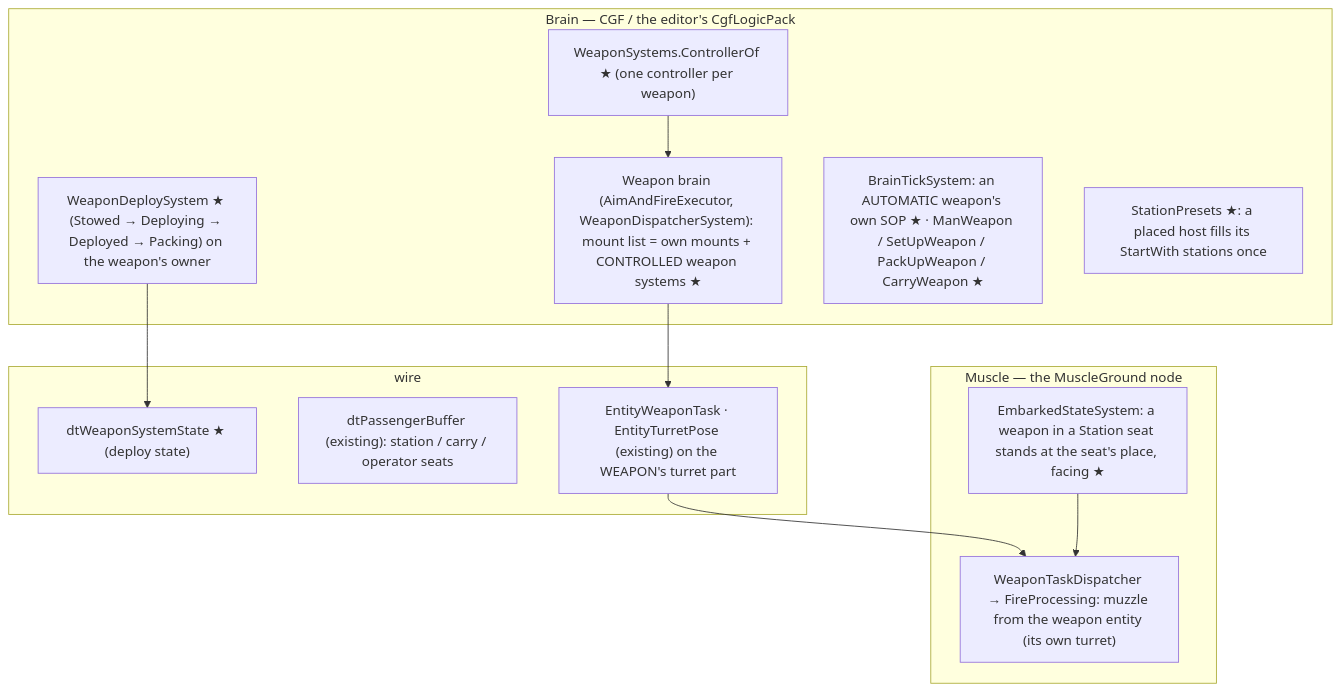
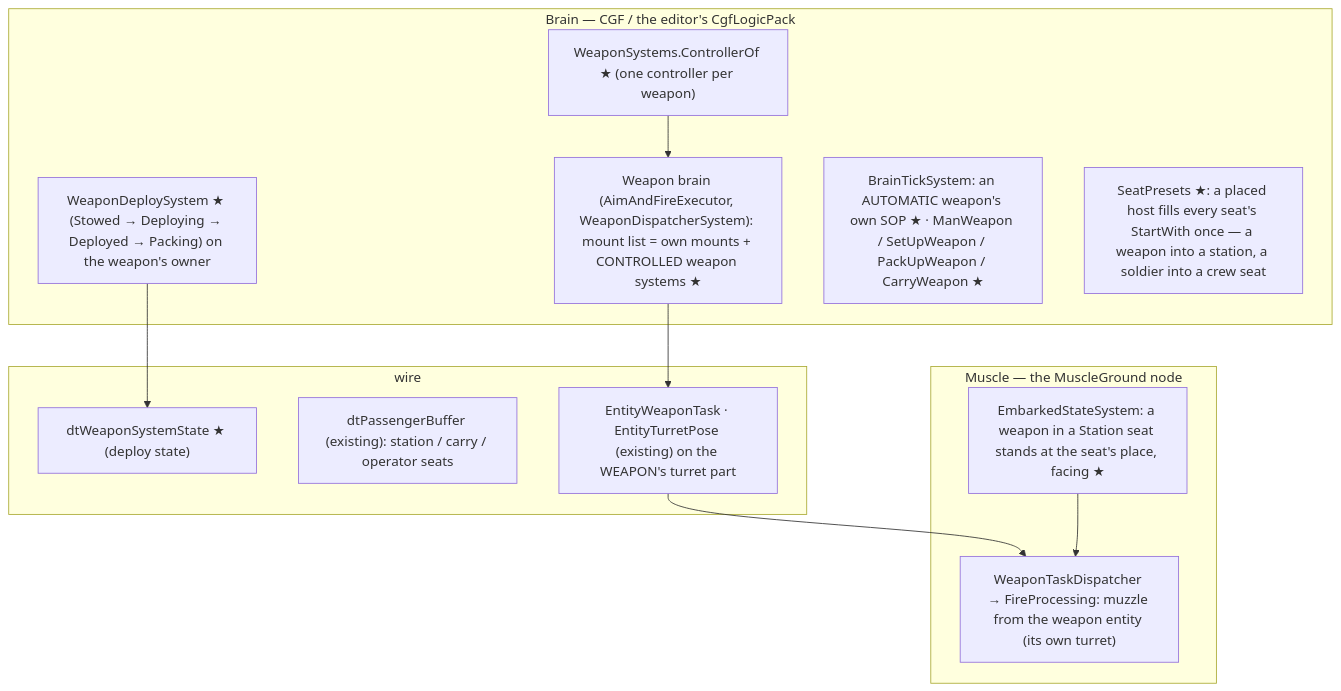
One commit to pjanec/HROT changed the first of 6 diagrams in docs/designs/weapons/DESIGN_Weapon_Systems.md. Above: the diagram before and after it, drawn with Mermaid. The commit also changed other lines of this file and 4 other files, not shown here.

First line of the commit message:
Weapon systems W-I: presets seat their crew (a real gunner in 104 / 105); steer to backend

````diff
--- a/docs/designs/weapons/DESIGN_Weapon_Systems.md
+++ b/docs/designs/weapons/DESIGN_Weapon_Systems.md
@@ -54,23 +54,23 @@
 ```mermaid
 graph TD
   subgraph CGF["Brain — CGF / the editor's CgfLogicPack"]
     WB["Weapon brain (AimAndFireExecutor, WeaponDispatcherSystem): mount list = own mounts + CONTROLLED weapon systems ★"]
     WS["WeaponSystems.ControllerOf ★ (one controller per weapon)"]
     DP["WeaponDeploySystem ★ (Stowed → Deploying → Deployed → Packing) on the weapon's owner"]
     BT["BrainTickSystem: an AUTOMATIC weapon's own SOP ★ · ManWeapon / SetUpWeapon / PackUpWeapon / CarryWeapon ★"]
-    PS["StationPresets ★: a placed host fills its StartWith stations once"]
+    PS["SeatPresets ★: a placed host fills every seat's StartWith once — a weapon into a station, a soldier into a crew seat"]
   end
   subgraph WIRE["wire"]
     D1["dtWeaponSystemState ★ (deploy state)"]
     D2["dtPassengerBuffer (existing): station / carry / operator seats"]
     D3["EntityWeaponTask · EntityTurretPose (existing) on the WEAPON's turret part"]
   end
   subgraph MUSCLE["Muscle — the MuscleGround node"]
     ES["EmbarkedStateSystem: a weapon in a Station seat stands at the seat's place, facing ★"]
     TD["WeaponTaskDispatcher → FireProcessing: muzzle from the weapon entity (its own turret)"]
   end
   WS --> WB
   WB --> D3 --> TD
   DP --> D1
   ES --> TD
 ```
````
